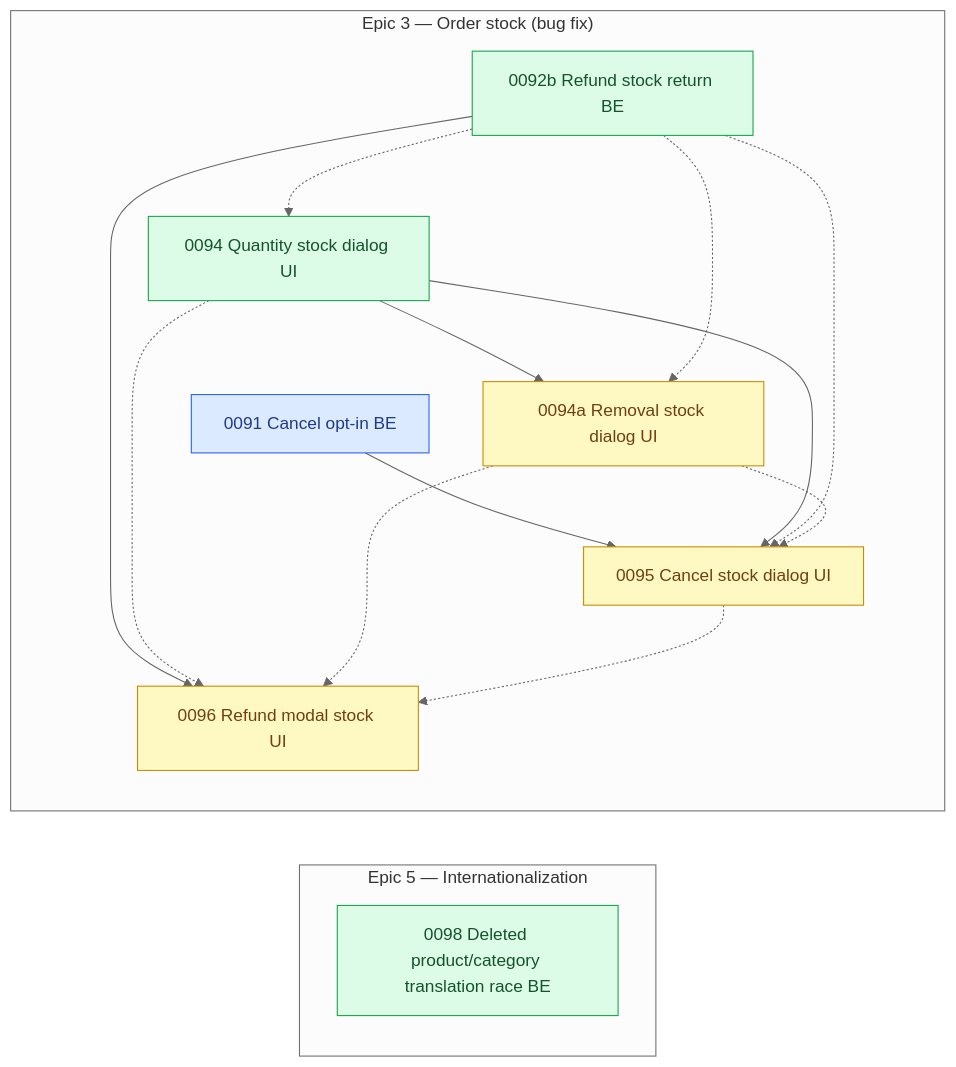
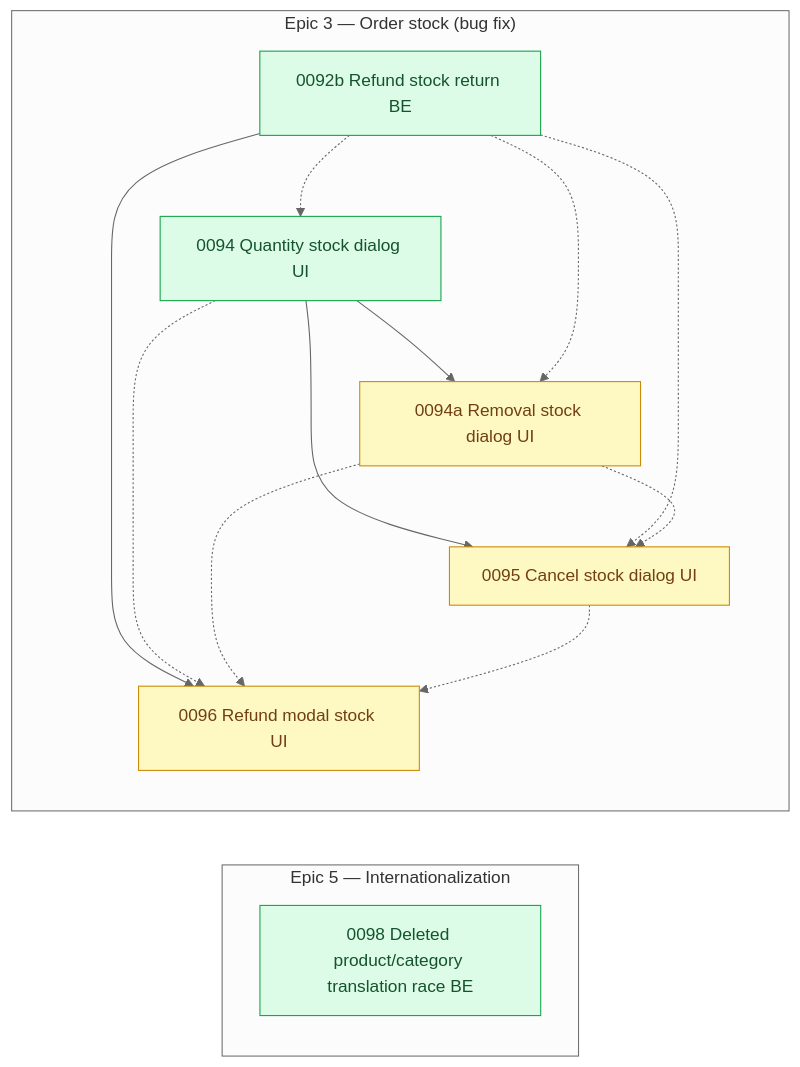
Before and after one commit to shojen/AI4Devs-finalproject: the diagram in arospe/ai-spec/tasks-map.md, drawn with Mermaid (neutral theme). The commit also changed other lines of this file and 7 other files, not shown here.

```diff
--- a/arospe/ai-spec/tasks-map.md
+++ b/arospe/ai-spec/tasks-map.md
@@ -627,7 +628,6 @@
 
     subgraph PEND_STOCK["Epic 3 — Order stock (bug fix)"]
         direction TB
-        P0091["0091 Cancel opt-in BE"]
         P0092b["0092b Refund stock return BE"]
         P0094["0094 Quantity stock dialog UI"]
         P0094a["0094a Removal stock dialog UI"]
@@ -637,7 +637,6 @@
     %% (P0089 merged into P0088 and P0092 split into P0092a/P0092b on 2026-11-08; their nodes and edges are dropped.)
     %% (P0088 --> P0090/P0091/P0092b replaced by P0088 --> P0088a --> … on 2026-11-08, review #4 split.)
     P0094 --> P0094a
-    P0091 --> P0095
     P0094 --> P0095
     P0092b --> P0096
     P0092b -.-> P0094
@@ -648,7 +647,6 @@
     P0094a -.-> P0096
     P0095 -.-> P0096
     class P0092b,P0094 ready;
-    class P0091 claimed;
     class P0094a,P0095,P0096 pending;
 
     %% Standalone (no PRD epic)
```
